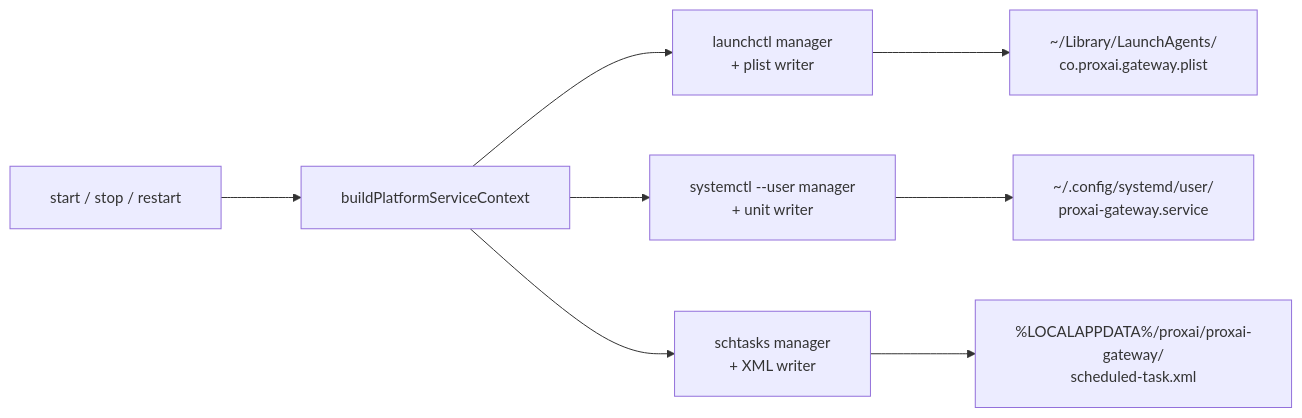
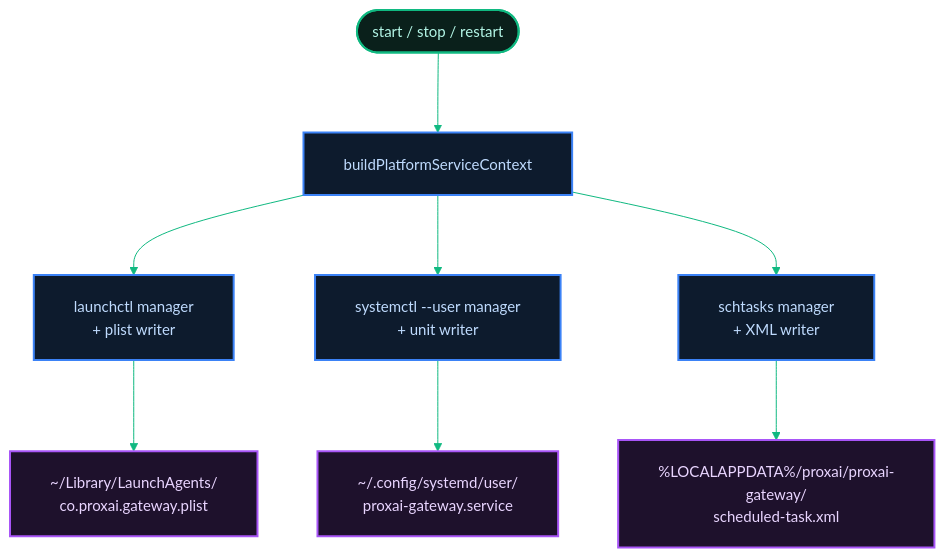
Before and after one commit to proxai/proxai_gateway: the diagram in docs/07-platform-and-deployment/7.1-cross-platform-differences.md, drawn with Mermaid. The commit also changed other lines of this file and 65 other files, not shown here.

````diff
--- a/docs/07-platform-and-deployment/7.1-cross-platform-differences.md
+++ b/docs/07-platform-and-deployment/7.1-cross-platform-differences.md
@@ -25,11 +27,36 @@
 ```mermaid
-%%{init: {'flowchart': {'useMaxWidth': false, 'htmlLabels': true, 'curve': 'basis', 'nodeSpacing': 60, 'rankSpacing': 80, 'padding': 20}, 'sequence': {'useMaxWidth': false, 'mirrorActors': false, 'actorMargin': 100, 'messageMargin': 50, 'boxMargin': 20, 'wrap': true}, 'stateDiagram': {'useMaxWidth': false, 'nodeSpacing': 60, 'rankSpacing': 80}, 'themeVariables': {'fontSize': '15px'}}}%%
-flowchart LR
-  cli[start / stop / restart] --> wire[buildPlatformServiceContext]
-  wire --> darwin[launchctl manager<br/>+ plist writer]
-  wire --> linux[systemctl --user manager<br/>+ unit writer]
-  wire --> win[schtasks manager<br/>+ XML writer]
-  darwin --> plist[~/Library/LaunchAgents/<br/>co.proxai.gateway.plist]
-  linux --> unit[~/.config/systemd/user/<br/>proxai-gateway.service]
-  win --> xml[%LOCALAPPDATA%/proxai/proxai-gateway/<br/>scheduled-task.xml]
+%%{init:{"theme":"base","flowchart":{"useMaxWidth":false,"htmlLabels":true,"curve":"basis","nodeSpacing":60,"rankSpacing":80,"padding":20},"themeVariables":{"background":"#0a201b","primaryColor":"#0d1b2d","primaryTextColor":"#bfdbfe","primaryBorderColor":"#3b82f6","lineColor":"#10b981","fontSize":"15px"}}}%%
+flowchart TD
+    cli(["start / stop / restart"])
+    wire["buildPlatformServiceContext"]
+    darwin["launchctl manager<br/>+ plist writer"]
+    linux["systemctl --user manager<br/>+ unit writer"]
+    win["schtasks manager<br/>+ XML writer"]
+    plist["~/Library/LaunchAgents/<br/>co.proxai.gateway.plist"]
+    unit["~/.config/systemd/user/<br/>proxai-gateway.service"]
+    xml["%LOCALAPPDATA%/proxai/proxai-gateway/<br/>scheduled-task.xml"]
+
+    cli --> wire
+    wire --> darwin
+    wire --> linux
+    wire --> win
+    darwin --> plist
+    linux --> unit
+    win --> xml
+
+    classDef startNode fill:#0a201b,stroke:#10b981,stroke-width:2px,color:#b3f5e6;
+    classDef stopNode fill:#241212,stroke:#ef4444,stroke-width:2px,color:#fca5a5;
+    classDef decNode fill:#241c0e,stroke:#f59e0b,stroke-width:2px,color:#fde68a;
+    classDef processNode fill:#0d1b2d,stroke:#3b82f6,stroke-width:2px,color:#bfdbfe;
+    classDef actionNode fill:#1e112c,stroke:#a855f7,stroke-width:2px,color:#e9d5ff;
+    classDef default fill:#0a201b,stroke:#14b8a6,stroke-width:2px,color:#ccfbf1;
+
+    class cli startNode;
+    class wire processNode;
+    class darwin processNode;
+    class linux processNode;
+    class win processNode;
+    class plist actionNode;
+    class unit actionNode;
+    class xml actionNode;
 ```
````
